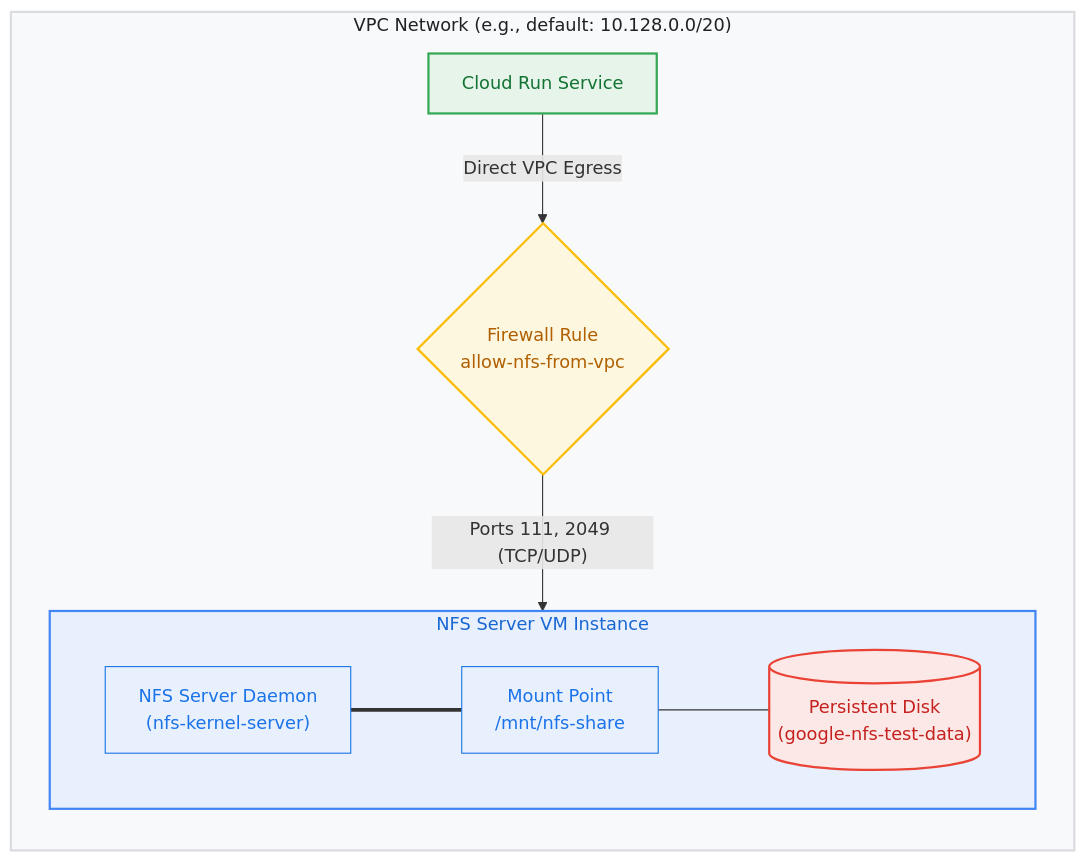
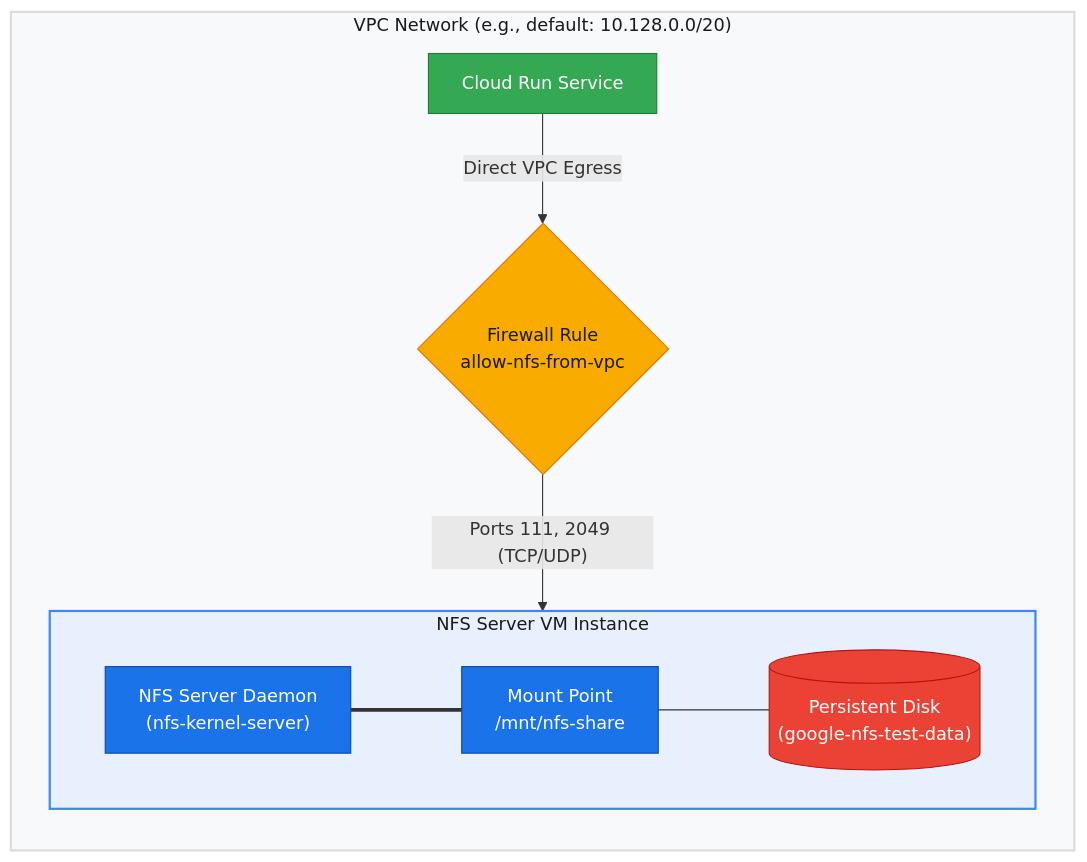
Before and after one commit to Rohit1024/portfolio: the diagram in src/content/blog/self-hosted-nfs-gce/index.mdx, drawn with Mermaid.

Commit message:
style: update Mermaid diagram node color schemes in NFS blog post

````diff
--- a/src/content/blog/self-hosted-nfs-gce/index.mdx
+++ b/src/content/blog/self-hosted-nfs-gce/index.mdx
@@ -21,31 +21,31 @@
 ```mermaid
 graph TD
     subgraph VPC ["VPC Network (e.g., default: 10.128.0.0/20)"]
         direction TB
         
         CloudRun["Cloud Run Service"]
         
         subgraph VM ["NFS Server VM Instance"]
             direction LR
             ServerDaemon["NFS Server Daemon<br/>(nfs-kernel-server)"]
             MountPoint["Mount Point<br/>/mnt/nfs-share"]
             PersistentDisk[("Persistent Disk<br/>(google-nfs-test-data)")]
             
             ServerDaemon === MountPoint
             MountPoint --- PersistentDisk
         end
         
         Firewall{"Firewall Rule<br/>allow-nfs-from-vpc"}
     end
     
     CloudRun -->|"Direct VPC Egress"| Firewall
     Firewall -->|"Ports 111, 2049 (TCP/UDP)"| ServerDaemon
     
-    style VPC fill:#F8F9FA,stroke:#DADCE0,stroke-width:2px,color:#202124
-    style VM fill:#E8F0FE,stroke:#4285F4,stroke-width:2px,color:#1967D2
-    style CloudRun fill:#E6F4EA,stroke:#34A853,stroke-width:2px,color:#137333
-    style Firewall fill:#FEF7E0,stroke:#FBBC04,stroke-width:2px,color:#B06000
-    style PersistentDisk fill:#FCE8E6,stroke:#EA4335,stroke-width:2px,color:#C5221F
-    style ServerDaemon fill:#E8F0FE,stroke:#1A73E8,color:#1A73E8
-    style MountPoint fill:#E8F0FE,stroke:#1A73E8,color:#1A73E8
+    style VPC fill:#F8F9FA,stroke:#DADCE0,stroke-width:2px,color:#1a1a1a
+    style VM fill:#E8F0FE,stroke:#4285F4,stroke-width:2px,color:#1a1a1a
+    style CloudRun fill:#34A853,stroke:#1E7E34,color:#fff
+    style Firewall fill:#F9AB00,stroke:#E37400,color:#1a1a1a
+    style PersistentDisk fill:#EA4335,stroke:#B31412,color:#fff
+    style ServerDaemon fill:#1A73E8,stroke:#0D47A1,color:#fff
+    style MountPoint fill:#1A73E8,stroke:#0D47A1,color:#fff
 ```
````
